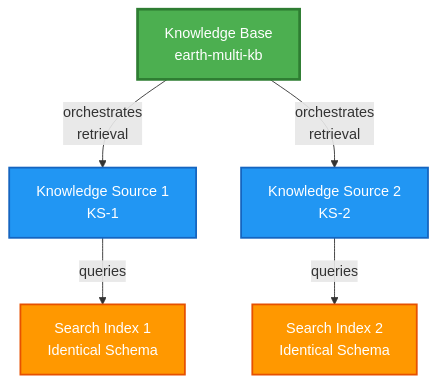
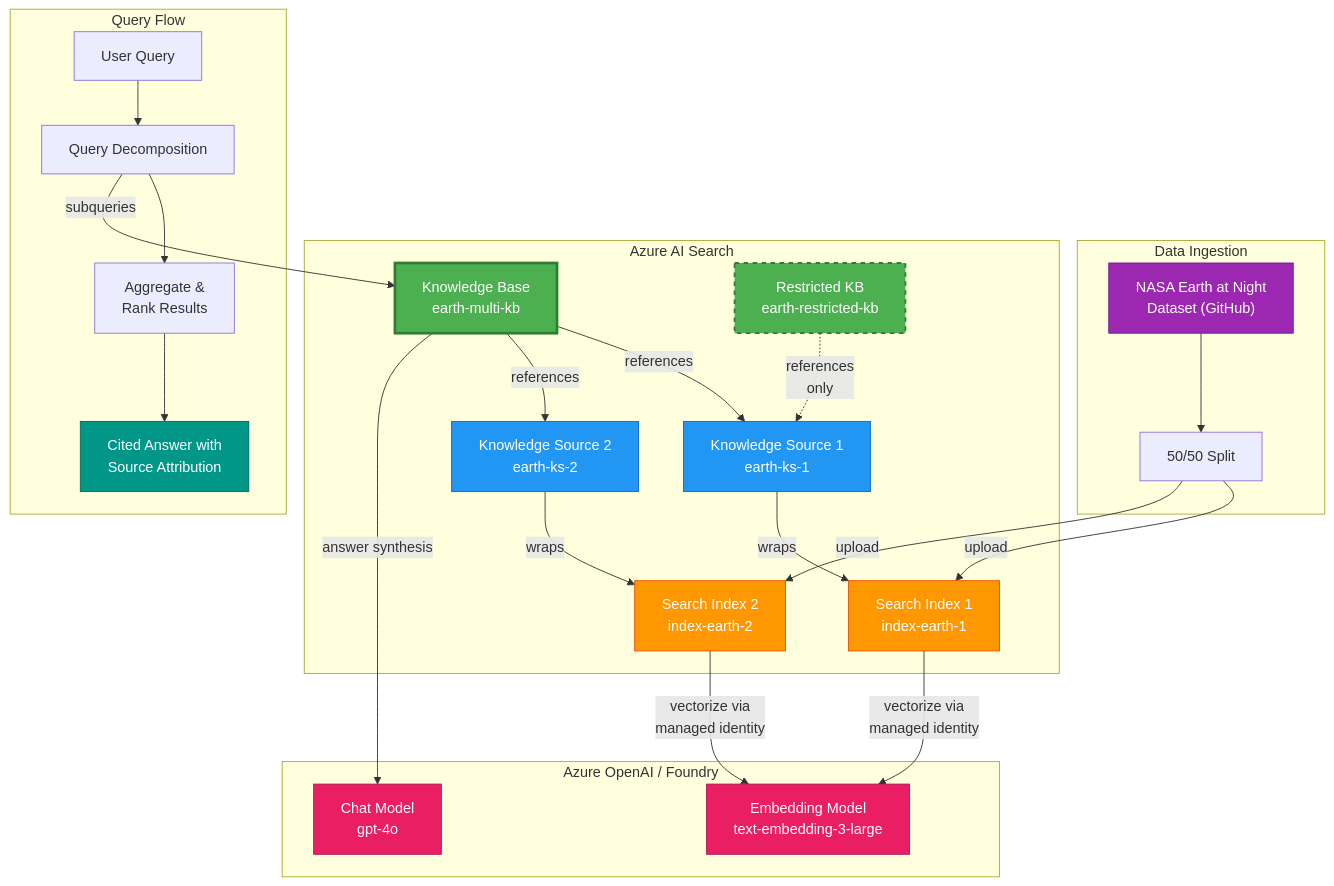
One commit to JDGrillo/ai-search-knowledge-base changed the diagram in README.md. Above: the diagram before and after it, drawn with Mermaid.

Commit message:
newer diagram

````diff
--- a/README.md
+++ b/README.md
@@ -16,19 +16,56 @@
 ```mermaid
 graph TB
-    KB[Knowledge Base<br/>earth-multi-kb]
-    KS1[Knowledge Source 1<br/>KS-1]
-    KS2[Knowledge Source 2<br/>KS-2]
-    IDX1[Search Index 1<br/>Identical Schema]
-    IDX2[Search Index 2<br/>Identical Schema]
-    
-    KB -->|orchestrates<br/>retrieval| KS1
-    KB -->|orchestrates<br/>retrieval| KS2
-    KS1 -->|queries| IDX1
-    KS2 -->|queries| IDX2
-    
+    subgraph Data["Data Ingestion"]
+        NASA["NASA Earth at Night<br/>Dataset (GitHub)"]
+        SPLIT["50/50 Split"]
+        NASA --> SPLIT
+    end
+
+    subgraph Search["Azure AI Search"]
+        IDX1["Search Index 1<br/>index-earth-1"]
+        IDX2["Search Index 2<br/>index-earth-2"]
+        KS1["Knowledge Source 1<br/>earth-ks-1"]
+        KS2["Knowledge Source 2<br/>earth-ks-2"]
+        KB["Knowledge Base<br/>earth-multi-kb"]
+        RKB["Restricted KB<br/>earth-restricted-kb"]
+
+        KS1 -->|wraps| IDX1
+        KS2 -->|wraps| IDX2
+        KB -->|references| KS1
+        KB -->|references| KS2
+        RKB -.->|references<br/>only| KS1
+    end
+
+    subgraph AI["Azure OpenAI / Foundry"]
+        EMB["Embedding Model<br/>text-embedding-3-large"]
+        CHAT["Chat Model<br/>gpt-4o"]
+    end
+
+    SPLIT -->|upload| IDX1
+    SPLIT -->|upload| IDX2
+    IDX1 & IDX2 -->|vectorize via<br/>managed identity| EMB
+    KB -->|answer synthesis| CHAT
+
+    subgraph Query["Query Flow"]
+        USER["User Query"]
+        DECOMPOSE["Query Decomposition"]
+        AGG["Aggregate &<br/>Rank Results"]
+        ANSWER["Cited Answer with<br/>Source Attribution"]
+        USER --> DECOMPOSE
+        DECOMPOSE --> AGG
+        AGG --> ANSWER
+    end
+
+    DECOMPOSE -->|subqueries| KB
+
+    style NASA fill:#9C27B0,stroke:#6A1B9A,color:#fff
+    style IDX1 fill:#FF9800,stroke:#E65100,color:#fff
+    style IDX2 fill:#FF9800,stroke:#E65100,color:#fff
+    style KS1 fill:#2196F3,stroke:#1565C0,color:#fff
+    style KS2 fill:#2196F3,stroke:#1565C0,color:#fff
     style KB fill:#4CAF50,stroke:#2E7D32,stroke-width:3px,color:#fff
-    style KS1 fill:#2196F3,stroke:#1565C0,stroke-width:2px,color:#fff
-    style KS2 fill:#2196F3,stroke:#1565C0,stroke-width:2px,color:#fff
-    style IDX1 fill:#FF9800,stroke:#E65100,stroke-width:2px,color:#fff
-    style IDX2 fill:#FF9800,stroke:#E65100,stroke-width:2px,color:#fff
+    style RKB fill:#4CAF50,stroke:#2E7D32,stroke-width:2px,color:#fff,stroke-dasharray: 5 5
+    style EMB fill:#E91E63,stroke:#AD1457,color:#fff
+    style CHAT fill:#E91E63,stroke:#AD1457,color:#fff
+    style ANSWER fill:#009688,stroke:#00695C,color:#fff
 ```
````
